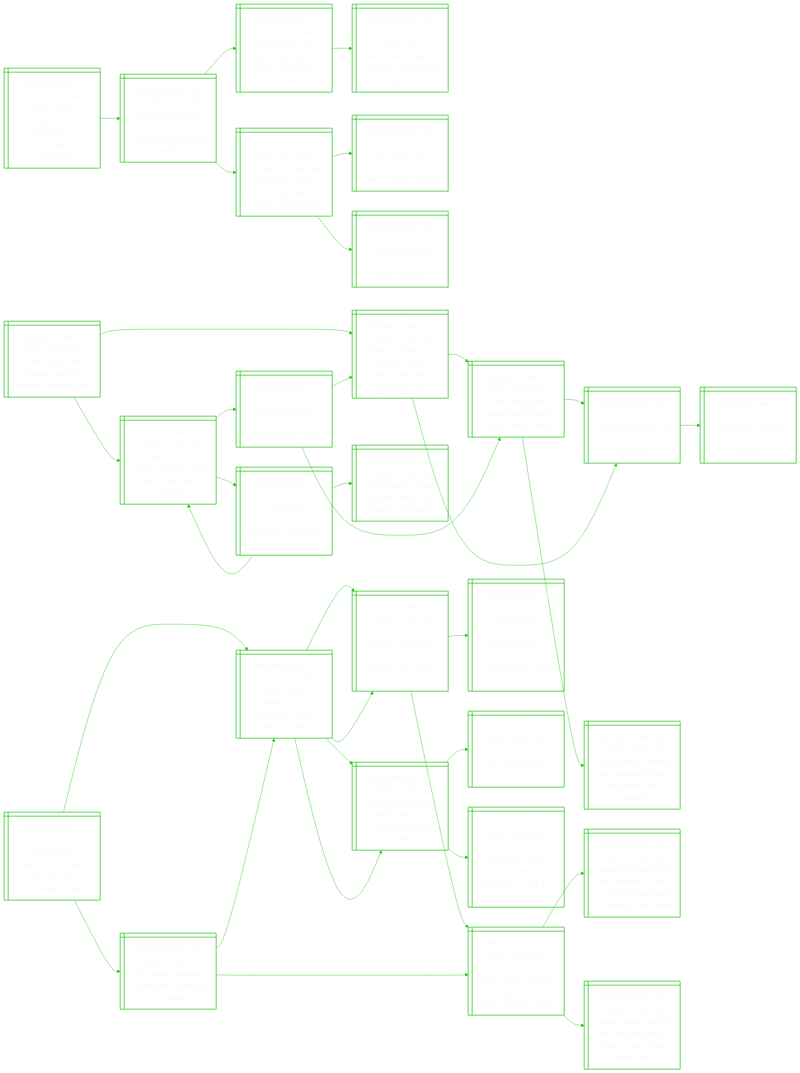
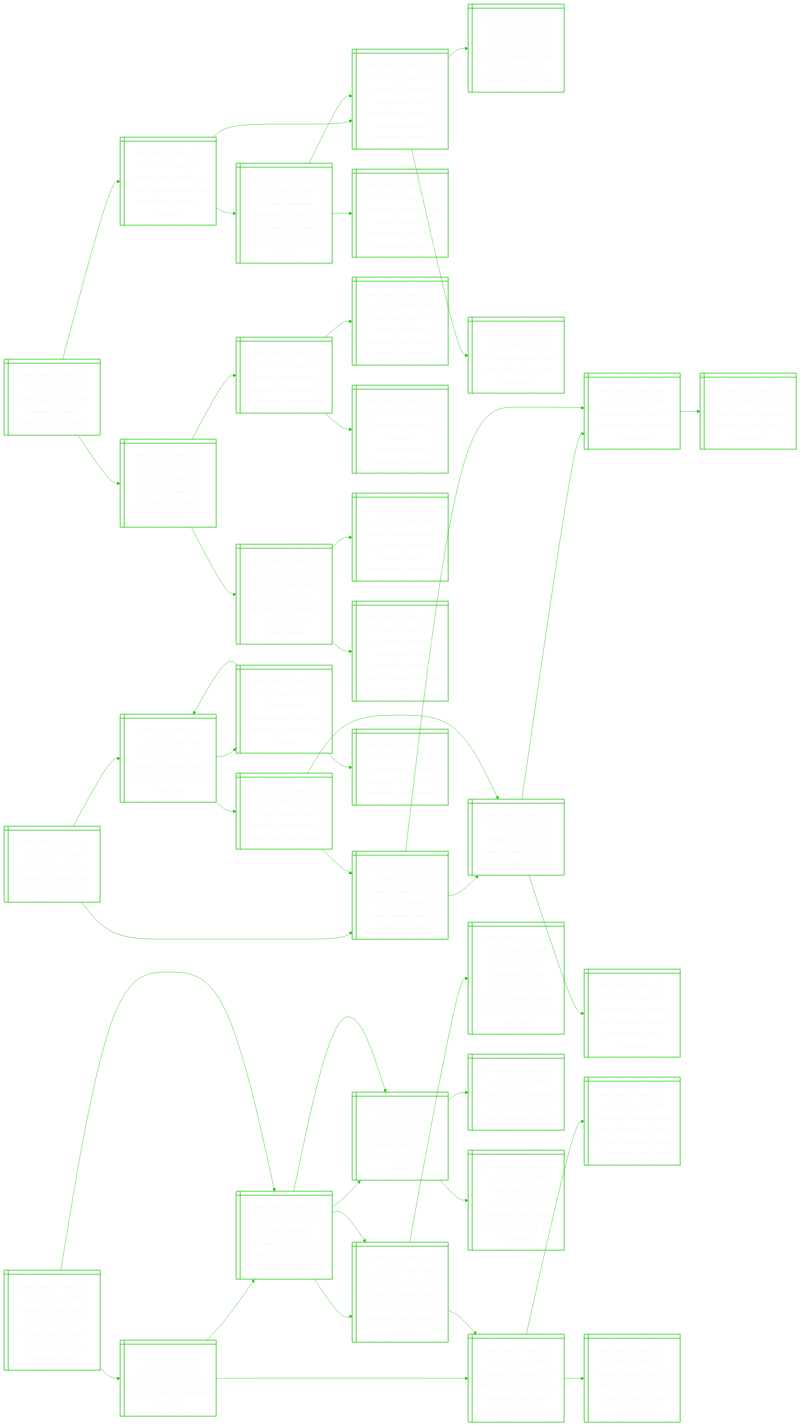
One commit to notJmes/notJmes changed the diagram in README.md. Above: the diagram before and after it, drawn with Mermaid. The commit also changed other lines of this file, not shown here.

````diff
--- a/README.md
+++ b/README.md
@@ -16,30 +16,54 @@
 flowchart LR
 classDef txtsize font-size:20px;
 
-DsTgoacteini@{ shape: win-pane, label: "_UPDATED Feb 23, 2025, 10:10 AM_
-‘daddy’s home’: trump gets rock star welcome at conservative convention" }
-Tsthaoonrrg@{ shape: win-pane, label: "_UPDATED Feb 20, 2025, 05:32 PM_
-Trump’s first month: is he any closer to making america great again?" }
-Tsoeralcfre@{ shape: win-pane, label: "_UPDATED Feb 19, 2025, 09:20 AM_
-Trump signs order exploring ways to lower cost of ivf treatments" }
-Tuxiwrtnons@{ shape: win-pane, label: "_UPDATED Jan 25, 2025, 03:57 PM_
-Trump uses executive power to reinstate anti-abortion pacts" }
-Umehtiusrnanii@{ shape: win-pane, label: "_UPDATED Feb 19, 2025, 11:33 PM_
-Us seems more than happy to satisfy russia’s aspirations at talks in saudi arabia" }
-Usreptwua@{ shape: win-pane, label: "_UPDATED Feb 19, 2025, 06:15 PM_
-Us, russia forge ahead on peace talks, without ukraine" }
-Tdskeitly@{ shape: win-pane, label: "_UPDATED Feb 13, 2025, 11:02 AM_
-Trump discusses ukraine war with putin, zelensky" }
+Pontreytna@{ shape: win-pane, label: "_UPDATED Feb 23, 2025, 07:57 PM_
+Polls open in pivotal parliamentary election in germany" }
+Mrhimrfamtii@{ shape: win-pane, label: "_UPDATED Feb 16, 2025, 05:34 AM_
+Mother and child die from injuries after car ramming attack in munich" }
+Nyipdagcubeac@{ shape: win-pane, label: "_UPDATED Feb 14, 2025, 11:14 AM_
+Nearly 30 hurt in suspected car ramming attack in munich before german election" }
+MsoatrrtwsLt@{ shape: win-pane, label: "_UPDATED Jan 30, 2025, 10:33 PM_
+Malaysian police arrest 5 after 2 cars ram into crowd outside kl nightclub" }
+Cetniirg@{ shape: win-pane, label: "_UPDATED Jan 20, 2025, 06:34 PM_
+China executes man who killed 35 in car rampage" }
+AnoosMhagiesos@{ shape: win-pane, label: "_UPDATED Feb 14, 2025, 08:27 PM_
+Afghan national confesses to munich car ramming that injured 36, prosecutor says" }
+Nyipdagcubeac@{ shape: win-pane, label: "_UPDATED Feb 14, 2025, 11:14 AM_
+Nearly 30 hurt in suspected car ramming attack in munich before german election" }
+Zspdecuaucrbs@{ shape: win-pane, label: "_UPDATED Feb 14, 2025, 08:04 AM_
+Zelensky expected to meet vance in munich as security conference begins" }
+SneBnbatlPe@{ shape: win-pane, label: "_UPDATED Feb 23, 2025, 01:59 AM_
+Syrian suspect in berlin stabbing wanted ‘to kill jews’: police" }
+Bncesibaotr@{ shape: win-pane, label: "_UPDATED Feb 22, 2025, 07:18 PM_
+Berlin police arrest suspect in stabbing at holocaust memorial" }
+Gnfioiigsaoc@{ shape: win-pane, label: "_UPDATED Feb 22, 2025, 06:09 PM_
+Germany set for tricky coalition building, poll shows ahead of election" }
+Gnnunnattlo@{ shape: win-pane, label: "_UPDATED Feb 22, 2025, 12:07 AM_
+Germany warns of russian disinformation targeting election" }
+Umketnmmsnodu@{ shape: win-pane, label: "_UPDATED Feb 04, 2025, 03:41 PM_
+Us forms task force to battle anti-semitism, focusing on schools and campuses" }
+Taitoedifaips@{ shape: win-pane, label: "_UPDATED Jan 30, 2025, 03:35 PM_
+Trump administration to cancel student visas of pro-palestinian protesters" }
+Ulbehtpsbifea@{ shape: win-pane, label: "_UPDATED Nov 13, 2024, 11:59 AM_
+Us colleges become flashpoints for protests on both sides of israel-hamas war" }
 
-DsTgoacteini:::txtsize --> Tsthaoonrrg:::txtsize
-Tsthaoonrrg:::txtsize --> Tsoeralcfre:::txtsize
-Tsoeralcfre:::txtsize --> Tuxiwrtnons:::txtsize
-Tsthaoonrrg:::txtsize --> Umehtiusrnanii:::txtsize
-Umehtiusrnanii:::txtsize --> Usreptwua:::txtsize
-Umehtiusrnanii:::txtsize --> Tdskeitly:::txtsize
+Pontreytna:::txtsize --> Mrhimrfamtii:::txtsize
+Mrhimrfamtii:::txtsize --> Nyipdagcubeac:::txtsize
+Nyipdagcubeac:::txtsize --> MsoatrrtwsLt:::txtsize
+Nyipdagcubeac:::txtsize --> Cetniirg:::txtsize
+Mrhimrfamtii:::txtsize --> AnoosMhagiesos:::txtsize
+AnoosMhagiesos:::txtsize --> Nyipdagcubeac:::txtsize
+AnoosMhagiesos:::txtsize --> Zspdecuaucrbs:::txtsize
+Pontreytna:::txtsize --> SneBnbatlPe:::txtsize
+SneBnbatlPe:::txtsize --> Bncesibaotr:::txtsize
+Bncesibaotr:::txtsize --> Gnfioiigsaoc:::txtsize
+Bncesibaotr:::txtsize --> Gnnunnattlo:::txtsize
+SneBnbatlPe:::txtsize --> Umketnmmsnodu:::txtsize
+Umketnmmsnodu:::txtsize --> Taitoedifaips:::txtsize
+Umketnmmsnodu:::txtsize --> Ulbehtpsbifea:::txtsize
 
-Prsrihoaia@{ shape: win-pane, label: "_UPDATED Feb 23, 2025, 03:54 PM_
-Pope francis had ‘tranquil’ night in hospital, vatican says" }
+PrsccnoaVas@{ shape: win-pane, label: "_UPDATED Feb 23, 2025, 07:49 PM_
+Pope francis is in critical condition but alert, vatican says" }
 Prihnieiaei@{ shape: win-pane, label: "_UPDATED Feb 19, 2025, 07:10 PM_
 Pope ‘breathing on his own’ despite pneumonia, had a ‘peaceful night’" }
 Prsnnbuan@{ shape: win-pane, label: "_UPDATED Feb 19, 2025, 04:29 PM_
@@ -52,7 +76,7 @@
 Pope francis taken to hospital for bronchitis treatment" }
 Prsrrilot@{ shape: win-pane, label: "_UPDATED Jan 16, 2025, 08:51 PM_
 Pope francis injures forearm in fall, but no fractures" }
-Prsiliahhrtt@{ shape: win-pane, label: "_UPDATED Feb 23, 2025, 01:51 PM_
+Prsiliahhrtt@{ shape: win-pane, label: "_UPDATED Feb 23, 2025, 06:09 PM_
 Pope francis in critical condition after health deteriorates: vatican" }
 Prsopohet@{ shape: win-pane, label: "_UPDATED Feb 19, 2025, 08:34 PM_
 Pope francis has double pneumonia - what does that mean?" }
@@ -60,20 +84,20 @@
 Pope ‘breathing on his own’ despite pneumonia, had a ‘peaceful night’" }
 Prsnnbuan@{ shape: win-pane, label: "_UPDATED Feb 19, 2025, 04:29 PM_
 Pope francis has pneumonia in both lungs, vatican says" }
-Sprocfafill@{ shape: win-pane, label: "_UPDATED Feb 23, 2025, 02:07 PM_
+Sprocfafill@{ shape: win-pane, label: "_UPDATED Feb 23, 2025, 06:33 PM_
 Singapore archdiocese calls for prayers for critically ill pope" }
-Prsiliahhrtt@{ shape: win-pane, label: "_UPDATED Feb 23, 2025, 01:51 PM_
+Prsiliahhrtt@{ shape: win-pane, label: "_UPDATED Feb 23, 2025, 06:09 PM_
 Pope francis in critical condition after health deteriorates: vatican" }
 LAcyPrsesti@{ shape: win-pane, label: "_UPDATED Feb 23, 2025, 11:32 AM_
 Latin america prays for pope francis, the region’s first pontiff" }
 
-Prsrihoaia:::txtsize --> Prihnieiaei:::txtsize
+PrsccnoaVas:::txtsize --> Prihnieiaei:::txtsize
 Prihnieiaei:::txtsize --> Prsnnbuan:::txtsize
 Prsnnbuan:::txtsize --> Prsnslrire:::txtsize
 Prsnnbuan:::txtsize --> Parnwnnnesc:::txtsize
 Prihnieiaei:::txtsize --> Prsnslrire:::txtsize
 Prsnslrire:::txtsize --> Prsrrilot:::txtsize
-Prsrihoaia:::txtsize --> Prsiliahhrtt:::txtsize
+PrsccnoaVas:::txtsize --> Prsiliahhrtt:::txtsize
 Prsiliahhrtt:::txtsize --> Prsopohet:::txtsize
 Prsopohet:::txtsize --> Prihnieiaei:::txtsize
 Prsopohet:::txtsize --> Prsnnbuan:::txtsize
@@ -81,8 +105,22 @@
 Sprocfafill:::txtsize --> Prsiliahhrtt:::txtsize
 Sprocfafill:::txtsize --> LAcyPrsesti:::txtsize
 
-Ilyeieerassd@{ shape: win-pane, label: "_UPDATED Feb 23, 2025, 02:45 PM_
-Israel delays palestinians’ release after six gaza hostages freed" }
+HsauaegaIlsrsa@{ shape: win-pane, label: "_UPDATED Feb 23, 2025, 08:00 PM_
+Hamas says gaza truce gravely endangered after israel’s prisoner-release delay" }
+Trhgtfdez@{ shape: win-pane, label: "_UPDATED Feb 22, 2025, 11:14 PM_
+Two israeli hostages return after a decade in gaza" }
+HfhgGfoSBrn@{ shape: win-pane, label: "_UPDATED Feb 22, 2025, 11:01 PM_
+Hamas frees 6 hostages in gaza after body of shiri bibas returned" }
+IlaoiraaslfSBd@{ shape: win-pane, label: "_UPDATED Feb 22, 2025, 07:42 PM_
+Israel prepares to receive 6 more gaza hostages as family confirms shiri bibas’ death" }
+Ilseitrspno@{ shape: win-pane, label: "_UPDATED Jan 20, 2025, 11:57 PM_
+Israel-hamas truce holding after first hostage-prisoner swop" }
+Fyihieshgsseod@{ shape: win-pane, label: "_UPDATED Feb 22, 2025, 02:38 PM_
+Family confirms shiri bibas’ death as gaza hostage-prisoner swop set to go ahead" }
+Ileayalornohgra@{ shape: win-pane, label: "_UPDATED Feb 21, 2025, 04:20 PM_
+Israeli pm netanyahu says hamas will pay for not returning body of hostage shiri bibas" }
+Hseoasscauao@{ shape: win-pane, label: "_UPDATED Feb 20, 2025, 01:50 AM_
+Hamas says ready to free all hostages at once in gaza truce phase two" }
 HfhgGfoSBrn@{ shape: win-pane, label: "_UPDATED Feb 22, 2025, 11:01 PM_
 Hamas frees 6 hostages in gaza after body of shiri bibas returned" }
 IlaoiraaslfSBd@{ shape: win-pane, label: "_UPDATED Feb 22, 2025, 07:42 PM_
@@ -97,34 +135,20 @@
 Cheers and weeping as israelis watch gaza hostages return" }
 Hfhgreeeiiraei@{ shape: win-pane, label: "_UPDATED Jan 20, 2025, 02:03 PM_
 Hamas frees hostages, israel releases palestinian prisoners on day 1 of ceasefire" }
-Trhgtfdez@{ shape: win-pane, label: "_UPDATED Feb 22, 2025, 11:14 PM_
-Two israeli hostages return after a decade in gaza" }
-HfhgGfoSBrn@{ shape: win-pane, label: "_UPDATED Feb 22, 2025, 11:01 PM_
-Hamas frees 6 hostages in gaza after body of shiri bibas returned" }
-IlaoiraaslfSBd@{ shape: win-pane, label: "_UPDATED Feb 22, 2025, 07:42 PM_
-Israel prepares to receive 6 more gaza hostages as family confirms shiri bibas’ death" }
-Ilseitrspno@{ shape: win-pane, label: "_UPDATED Jan 20, 2025, 11:57 PM_
-Israel-hamas truce holding after first hostage-prisoner swop" }
-Fyihieshgsseod@{ shape: win-pane, label: "_UPDATED Feb 22, 2025, 02:38 PM_
-Family confirms shiri bibas’ death as gaza hostage-prisoner swop set to go ahead" }
-Ileayalornohgra@{ shape: win-pane, label: "_UPDATED Feb 21, 2025, 04:20 PM_
-Israeli pm netanyahu says hamas will pay for not returning body of hostage shiri bibas" }
-Hseoasscauao@{ shape: win-pane, label: "_UPDATED Feb 20, 2025, 01:50 AM_
-Hamas says ready to free all hostages at once in gaza truce phase two" }
 
-Ilyeieerassd:::txtsize --> HfhgGfoSBrn:::txtsize
+HsauaegaIlsrsa:::txtsize --> Trhgtfdez:::txtsize
+Trhgtfdez:::txtsize --> HfhgGfoSBrn:::txtsize
+HfhgGfoSBrn:::txtsize --> IlaoiraaslfSBd:::txtsize
+HfhgGfoSBrn:::txtsize --> Ilseitrspno:::txtsize
+Trhgtfdez:::txtsize --> Fyihieshgsseod:::txtsize
+Fyihieshgsseod:::txtsize --> Ileayalornohgra:::txtsize
+Fyihieshgsseod:::txtsize --> Hseoasscauao:::txtsize
+HsauaegaIlsrsa:::txtsize --> HfhgGfoSBrn:::txtsize
 HfhgGfoSBrn:::txtsize --> IlaoiraaslfSBd:::txtsize
 IlaoiraaslfSBd:::txtsize --> Fyihieshgsseod:::txtsize
 IlaoiraaslfSBd:::txtsize --> IlggtooaGeiaodanr:::txtsize
 HfhgGfoSBrn:::txtsize --> Ilseitrspno:::txtsize
 Ilseitrspno:::txtsize --> Csegrshhgt:::txtsize
 Ilseitrspno:::txtsize --> Hfhgreeeiiraei:::txtsize
-Ilyeieerassd:::txtsize --> Trhgtfdez:::txtsize
-Trhgtfdez:::txtsize --> HfhgGfoSBrn:::txtsize
-HfhgGfoSBrn:::txtsize --> IlaoiraaslfSBd:::txtsize
-HfhgGfoSBrn:::txtsize --> Ilseitrspno:::txtsize
-Trhgtfdez:::txtsize --> Fyihieshgsseod:::txtsize
-Fyihieshgsseod:::txtsize --> Ileayalornohgra:::txtsize
-Fyihieshgsseod:::txtsize --> Hseoasscauao:::txtsize
 
 ```
````
